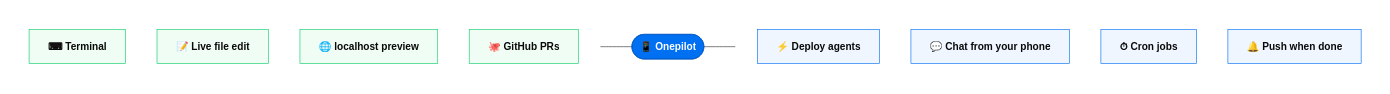
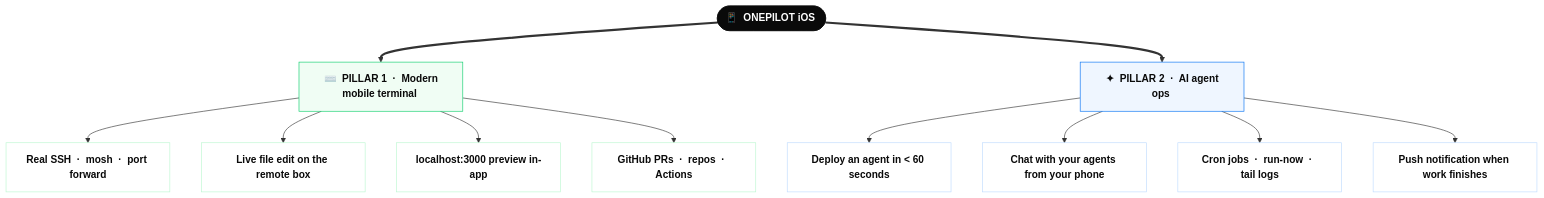
Before and after one commit to sofiane8910/onepilotapp: the first of 3 diagrams in README.md, drawn with Mermaid. The commit also changed other lines of this file and 6 other files, not shown here.

First line of the commit message:
README: drop See it section, redesign the pillars diagram

````diff
--- a/README.md
+++ b/README.md
@@ -35,27 +35,28 @@
 ```mermaid
-flowchart LR
-    P([📱 Onepilot])
-    subgraph T1[" "]
-      direction TB
-      L1["⌨ Terminal"]
-      L2["📝 Live file edit"]
-      L3["🌐 localhost preview"]
-      L4["🐙 GitHub PRs"]
-    end
-    subgraph T2[" "]
-      direction TB
-      R1["⚡ Deploy agents"]
-      R2["💬 Chat from your phone"]
-      R3["⏱ Cron jobs"]
-      R4["🔔 Push when done"]
-    end
-    T1 --- P --- T2
-    classDef root fill:#0070f3,stroke:#0058c4,color:#fff,font-weight:bold
-    classDef left fill:#f0fdf4,stroke:#0cce6b,color:#0a0a0a
-    classDef right fill:#eff6ff,stroke:#0070f3,color:#0a0a0a
+flowchart TB
+    P(["📱 &nbsp;ONEPILOT iOS&nbsp;"])
+
+    P ==> T["&nbsp;⌨️ &nbsp;PILLAR 1 &nbsp;·&nbsp; Modern mobile terminal&nbsp;"]
+    P ==> A["&nbsp;✦ &nbsp;PILLAR 2 &nbsp;·&nbsp; AI agent ops&nbsp;"]
+
+    T --> T1["Real SSH &nbsp;·&nbsp; mosh &nbsp;·&nbsp; port forward"]
+    T --> T2["Live file edit on the remote box"]
+    T --> T3["localhost:3000 preview in-app"]
+    T --> T4["GitHub PRs &nbsp;·&nbsp; repos &nbsp;·&nbsp; Actions"]
+
+    A --> A1["Deploy an agent in &lt; 60 seconds"]
+    A --> A2["Chat with your agents from your phone"]
+    A --> A3["Cron jobs &nbsp;·&nbsp; run-now &nbsp;·&nbsp; tail logs"]
+    A --> A4["Push notification when work finishes"]
+
+    classDef root fill:#0a0a0a,stroke:#0a0a0a,color:#fff,font-weight:bold
+    classDef pillar1 fill:#f0fdf4,stroke:#0cce6b,color:#0a0a0a,font-weight:bold
+    classDef pillar2 fill:#eff6ff,stroke:#0070f3,color:#0a0a0a,font-weight:bold
+    classDef leaf1 fill:#ffffff,stroke:#bbf7d0,color:#0a0a0a
+    classDef leaf2 fill:#ffffff,stroke:#bfdbfe,color:#0a0a0a
     class P root
-    class L1,L2,L3,L4 left
-    class R1,R2,R3,R4 right
-    style T1 fill:none,stroke:none
-    style T2 fill:none,stroke:none
+    class T pillar1
+    class A pillar2
+    class T1,T2,T3,T4 leaf1
+    class A1,A2,A3,A4 leaf2
 ```
````
